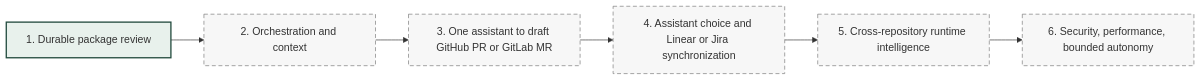
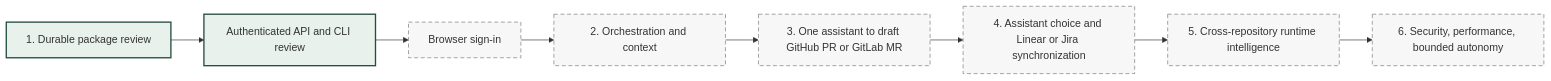
Before and after one commit to phenixrizen/conductor: the fourth of 4 diagrams in docs/architecture/system.md, drawn with Mermaid. The commit also changed other lines of this file and 15 other files, not shown here.

Commit message:
docs: explain authenticated review setup and remaining interface work

````diff
--- a/docs/architecture/system.md
+++ b/docs/architecture/system.md
@@ -148,13 +164,15 @@
 ```mermaid
 flowchart LR
-    M1[1. Durable package review] --> M2[2. Orchestration and context]
+    M1[1. Durable package review] --> Access[Authenticated API and CLI review]
+    Access --> Browser[Browser sign-in]
+    Browser --> M2[2. Orchestration and context]
     M2 --> M3[3. One assistant to draft GitHub PR or GitLab MR]
     M3 --> M4[4. Assistant choice and Linear or Jira synchronization]
     M4 --> M5[5. Cross-repository runtime intelligence]
     M5 --> M6[6. Security, performance, bounded autonomy]
 
     classDef active fill:#e8f1ec,stroke:#244c3f,stroke-width:2px;
     classDef planned fill:#f7f7f7,stroke:#777,stroke-dasharray:6 4;
-    class M1 active;
-    class M2,M3,M4,M5,M6 planned;
+    class M1,Access active;
+    class Browser,M2,M3,M4,M5,M6 planned;
 ```
````
